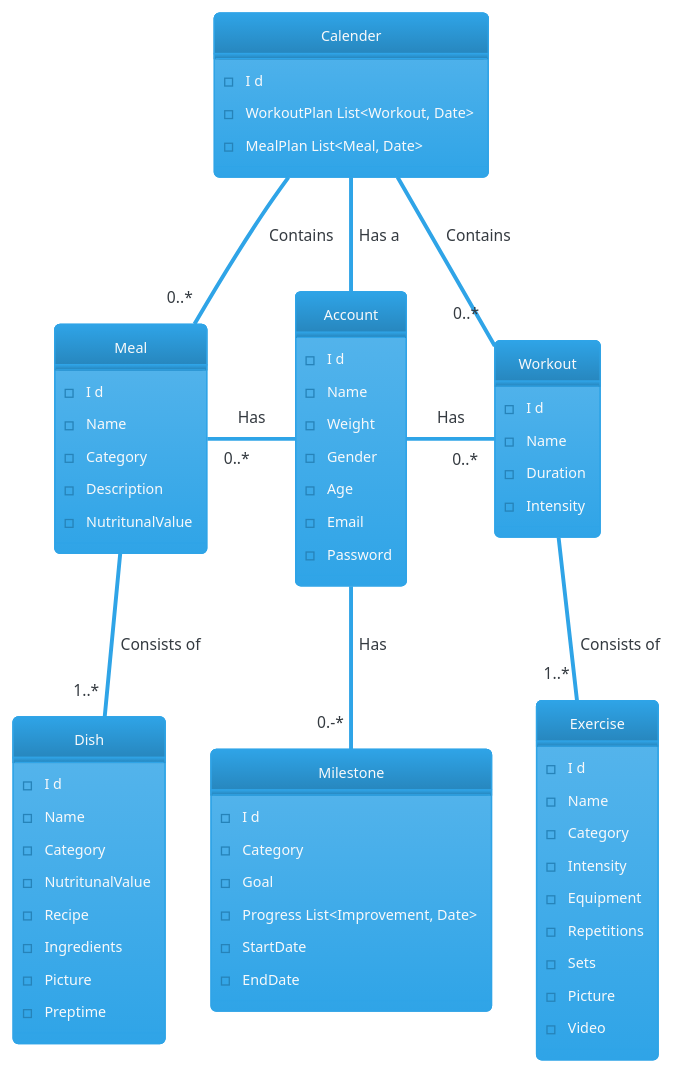
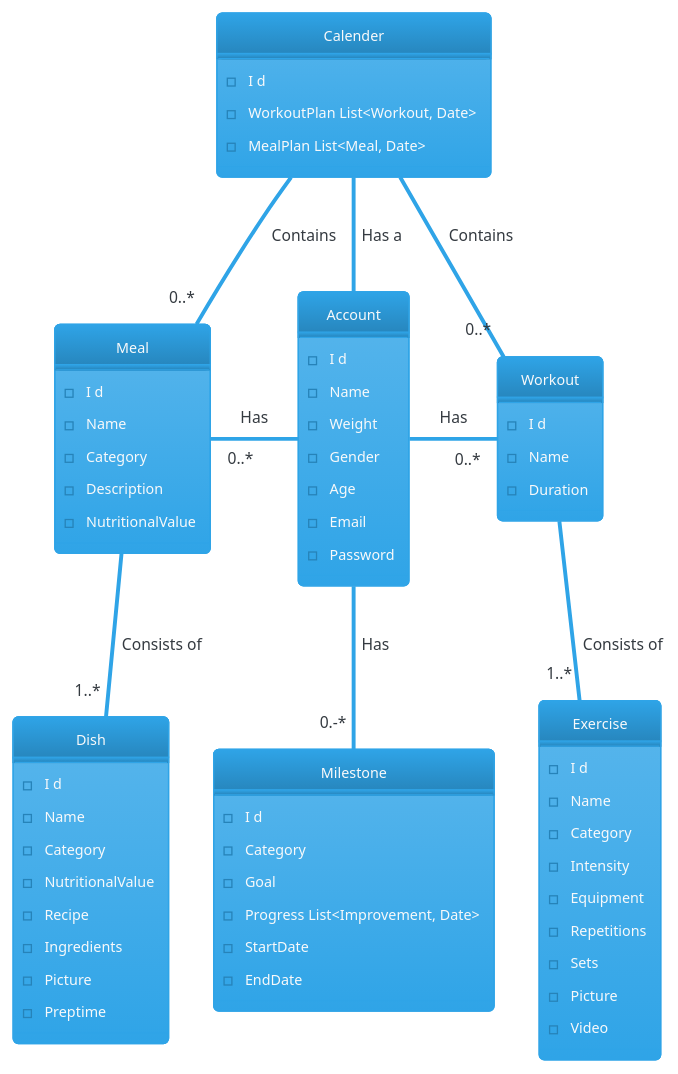
One commit to MartinStokholm/PRJ4_Repo changed the diagram in UML/PlanUML/DomainModel.puml. Above: the diagram before and after it, drawn with PlantUML. The commit also changed 4 other files, not shown here.

```diff
--- a/UML/PlanUML/DomainModel.puml
+++ b/UML/PlanUML/DomainModel.puml
@@ -1,85 +1,83 @@
 @startuml Domain Model
 ' !theme carbon-gray
 ' !theme plain
 ' !theme aws-orange
 ' !theme materia
 !theme cerulean
 hide circle
 ' hide members
 
 class Calender {
     - I d
     - WorkoutPlan List<Workout, Date> 
     - MealPlan List<Meal, Date> 
 }
 
 class Account {
     - I d
     - Name
     - Weight
     - Gender
     - Age
     - Email 
     - Password
 }
 
 Class Workout {
     - I d
     - Name 
     - Duration
-    - Intensity
 }
 
 class Exercise {
     - I d
     - Name 
     - Category
-'    - Duration  // Doesn't make sense to include
     - Intensity
     - Equipment
     - Repetitions
     - Sets
     - Picture
     - Video
 }
 
 class Meal {
     - I d 
     - Name 
     - Category
     - Description
-    - NutritunalValue
+    - NutritionalValue
 }
 
 class Dish {
     - I d
     - Name 
     - Category
-    - NutritunalValue
+    - NutritionalValue
     - Recipe
     - Ingredients
     - Picture
     - Preptime
 }
 
 class Milestone {
     - I d
     - Category
     - Goal
     - Progress List<Improvement, Date>
     - StartDate
     - EndDate 
 }
 
 Account  -l- "0..*" Meal : Has 
 Account  -u- Calender : Has a
 Account  -r-  "0..*"Workout : Has 
 Account  -d- "0.-*" Milestone : Has 
 
 Meal -d- "1..*" Dish : Consists of 
 Workout -d- "1..*" Exercise : Consists of
 
 Calender -- "0..*" Workout : Contains
 Calender -- "0..*" Meal : Contains
 
 @enduml
```
